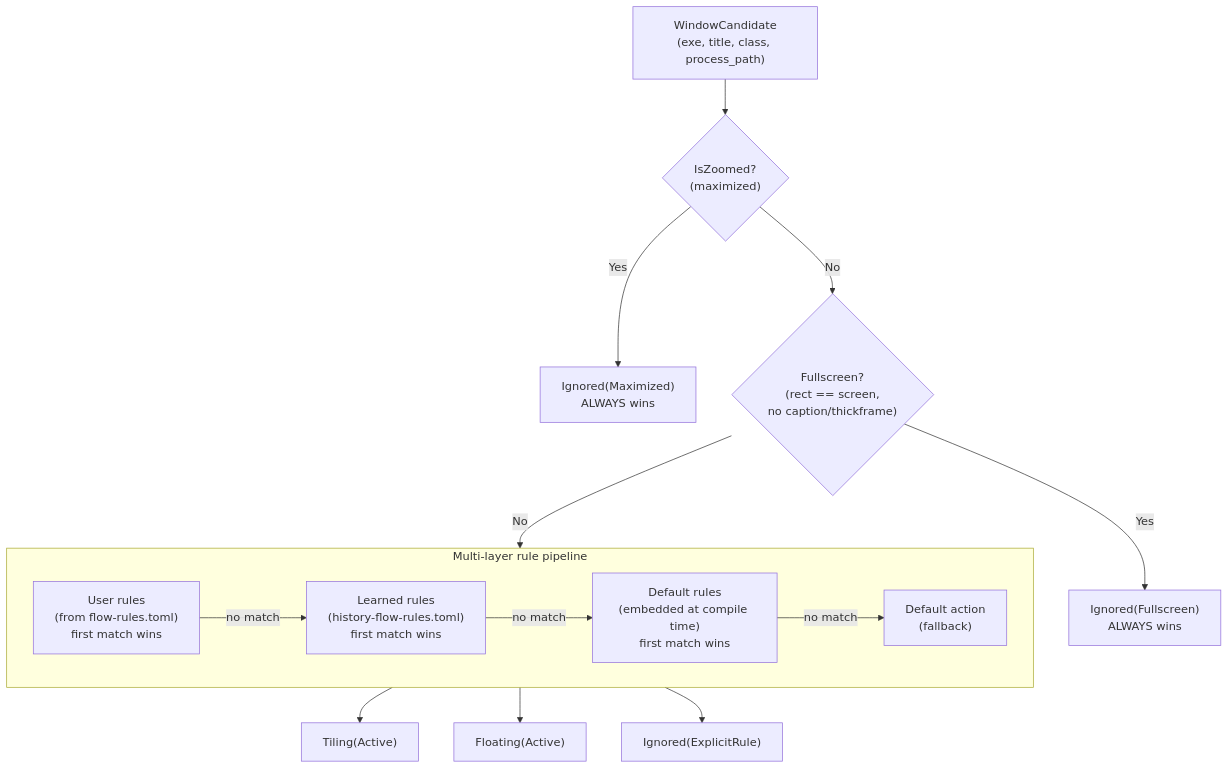
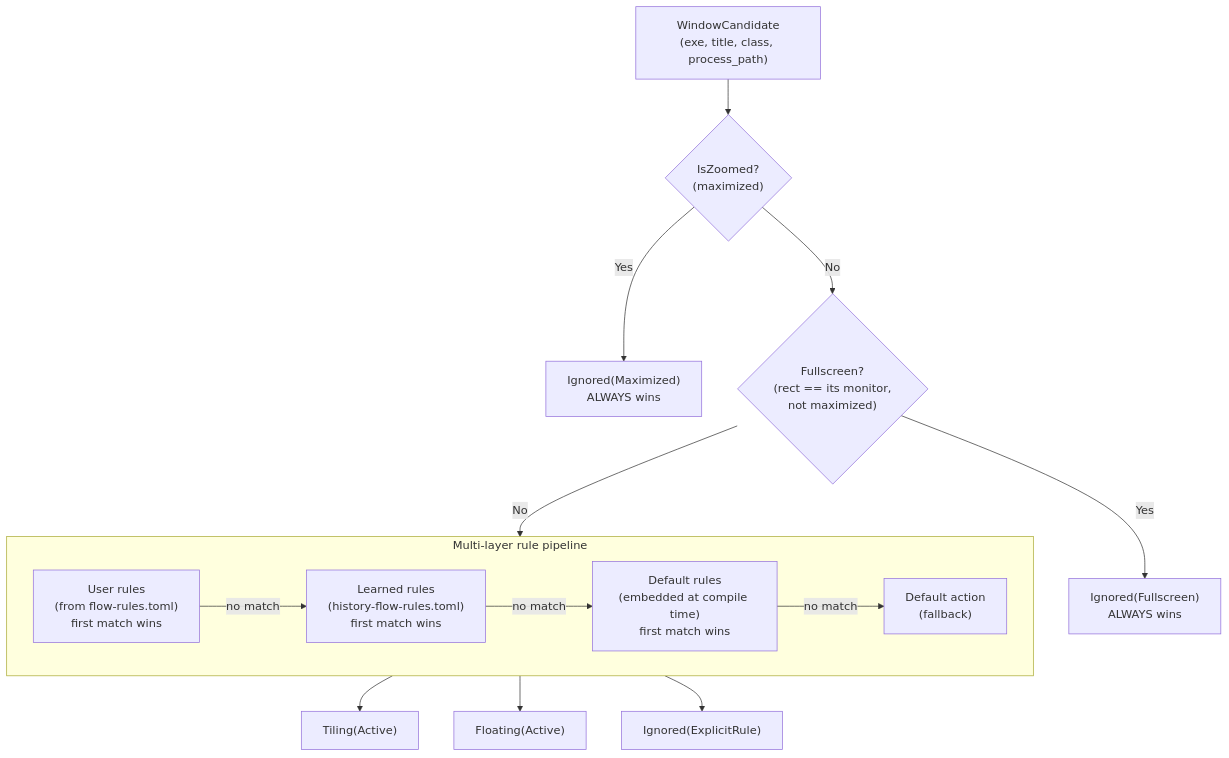
One commit to CCpcalvin/flow-wm changed the fourth of 4 diagrams in docs/src/dev-guide/window-registry.md. Above: the diagram before and after it, drawn with Mermaid. The commit also changed 7 other files, not shown here.

````diff
--- a/docs/src/dev-guide/window-registry.md
+++ b/docs/src/dev-guide/window-registry.md
@@ -215,22 +215,22 @@
 ```mermaid
 flowchart TB
     C["WindowCandidate<br/>(exe, title, class, process_path)"] --> MAX{"IsZoomed?<br/>(maximized)"}
     MAX -- Yes --> IGMAX["Ignored(Maximized)<br/>ALWAYS wins"]
-    MAX -- No --> FS{"Fullscreen?<br/>(rect == screen,<br/>no caption/thickframe)"}
+    MAX -- No --> FS{"Fullscreen?<br/>(rect == its monitor,<br/>not maximized)"}
     FS -- Yes --> IGFS["Ignored(Fullscreen)<br/>ALWAYS wins"]
     FS -- No --> PIPE["ClassificationPipeline"]
 
     subgraph PIPE["Multi-layer rule pipeline"]
         UR["User rules<br/>(from flow-rules.toml)<br/>first match wins"]
         LR["Learned rules<br/>(history-flow-rules.toml)<br/>first match wins"]
         DR["Default rules<br/>(embedded at compile time)<br/>first match wins"]
         FALL["Default action<br/>(fallback)"]
         UR -- no match --> LR
         LR -- no match --> DR
         DR -- no match --> FALL
     end
 
     PIPE --> T["Tiling(Active)"]
     PIPE --> FL["Floating(Active)"]
     PIPE --> IGX["Ignored(ExplicitRule)"]
 ```
````
